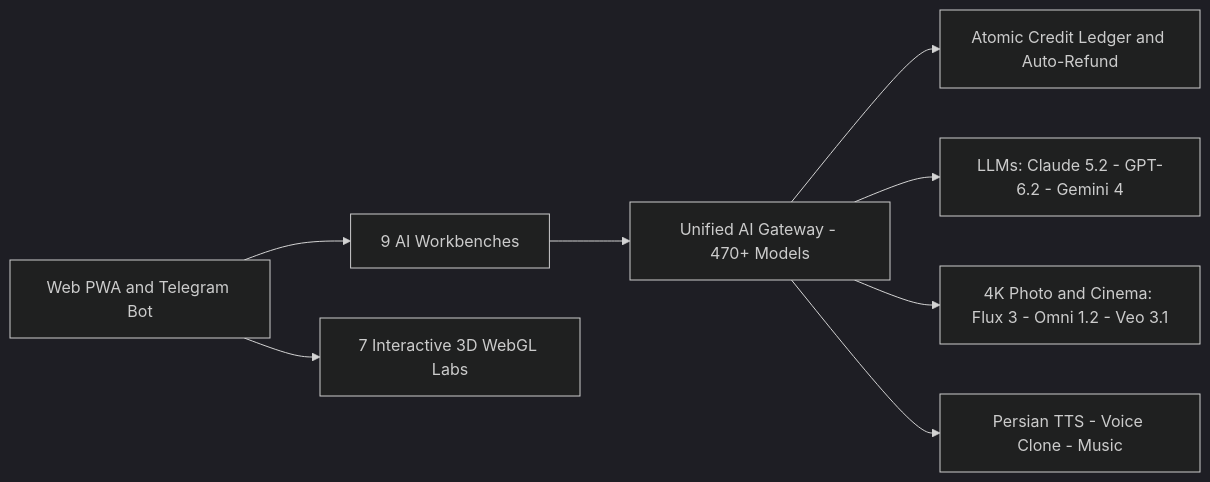
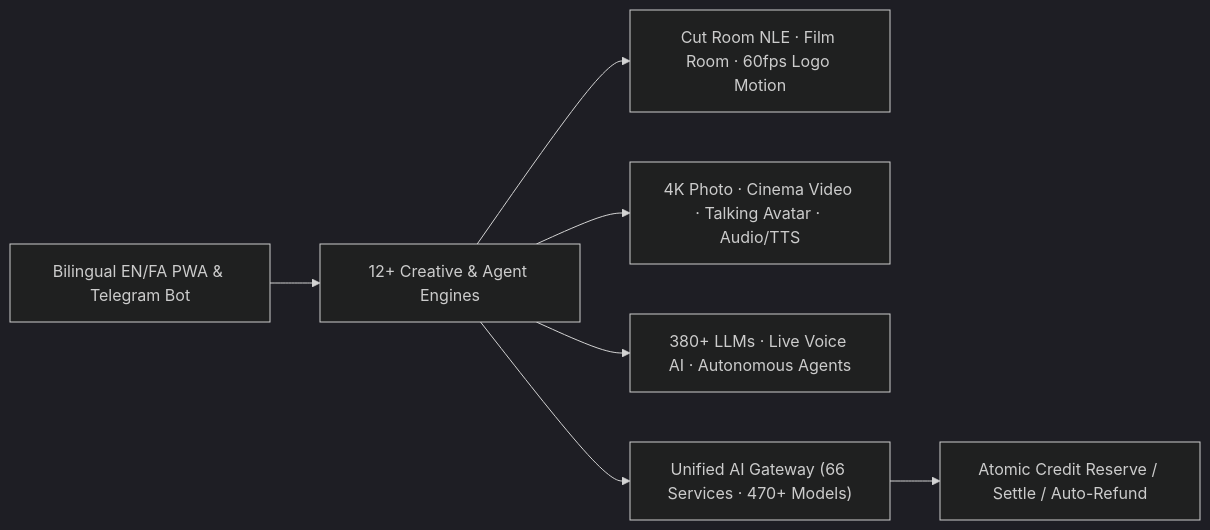
One commit to NavidixStudio/NavidixStudio changed the diagram in README.md. Above: the diagram before and after it, drawn with Mermaid (dark theme). The commit also changed other lines of this file and 14 other files, not shown here.

Commit message:
feat: refocus profile 100% on Navidix Studio OS ecosystem (Cut NLE, Film Room, 60fps Logo Motion, Audio/Music, Voice AI & Agents)

````diff
--- a/README.md
+++ b/README.md
@@ -104,10 +106,9 @@
 ```mermaid
 flowchart LR
-  U["Web PWA and Telegram Bot"] --> FE["9 AI Workbenches"]
-  U --> LAB["7 Interactive 3D WebGL Labs"]
-  FE --> GW["Unified AI Gateway - 470+ Models"]
-  GW --> LEDGER["Atomic Credit Ledger and Auto-Refund"]
-  GW --> LLM["LLMs: Claude 5.2 - GPT-6.2 - Gemini 4"]
-  GW --> VIS["4K Photo and Cinema: Flux 3 - Omni 1.2 - Veo 3.1"]
-  GW --> AUD["Persian TTS - Voice Clone - Music"]
+  U["Bilingual EN/FA PWA & Telegram Bot"] --> ROOMS["12+ Creative & Agent Engines"]
+  ROOMS --> EDIT["Cut Room NLE · Film Room · 60fps Logo Motion"]
+  ROOMS --> MEDIA["4K Photo · Cinema Video · Talking Avatar · Audio/TTS"]
+  ROOMS --> CHAT["380+ LLMs · Live Voice AI · Autonomous Agents"]
+  ROOMS --> GW["Unified AI Gateway (66 Services · 470+ Models)"]
+  GW --> LEDGER["Atomic Credit Reserve / Settle / Auto-Refund"]
 ```
````
